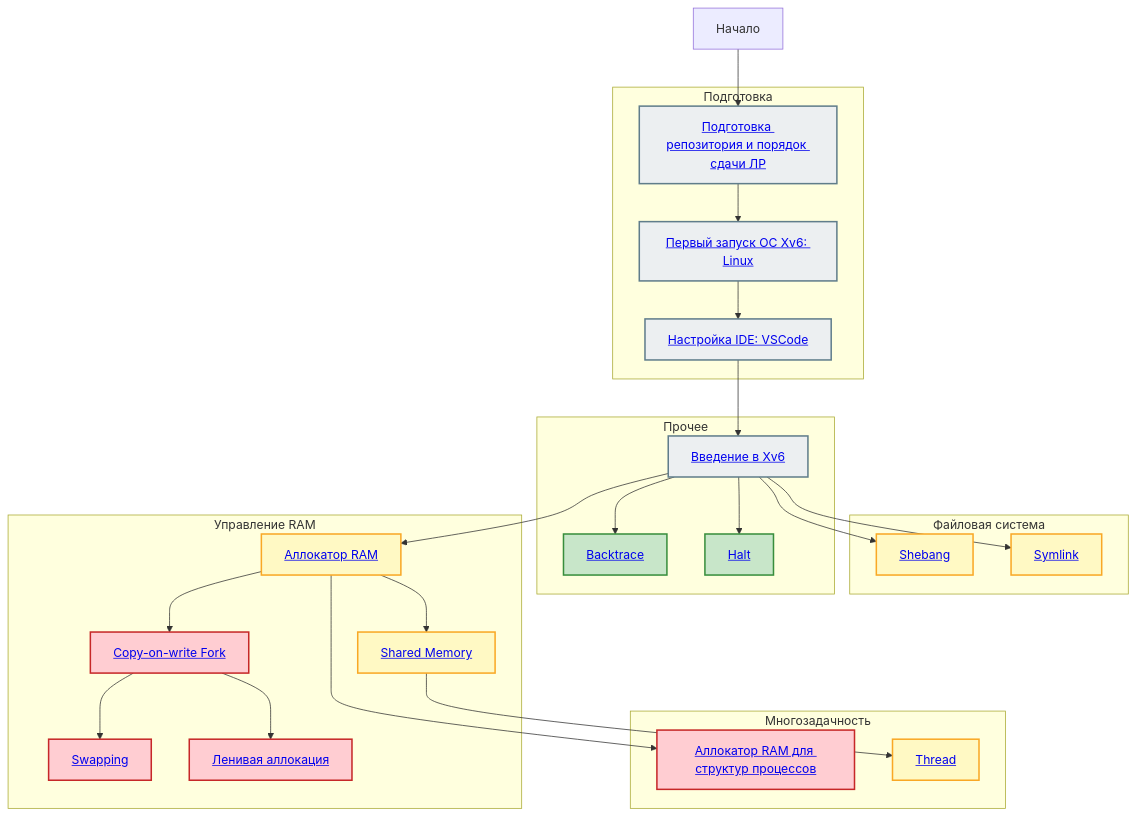
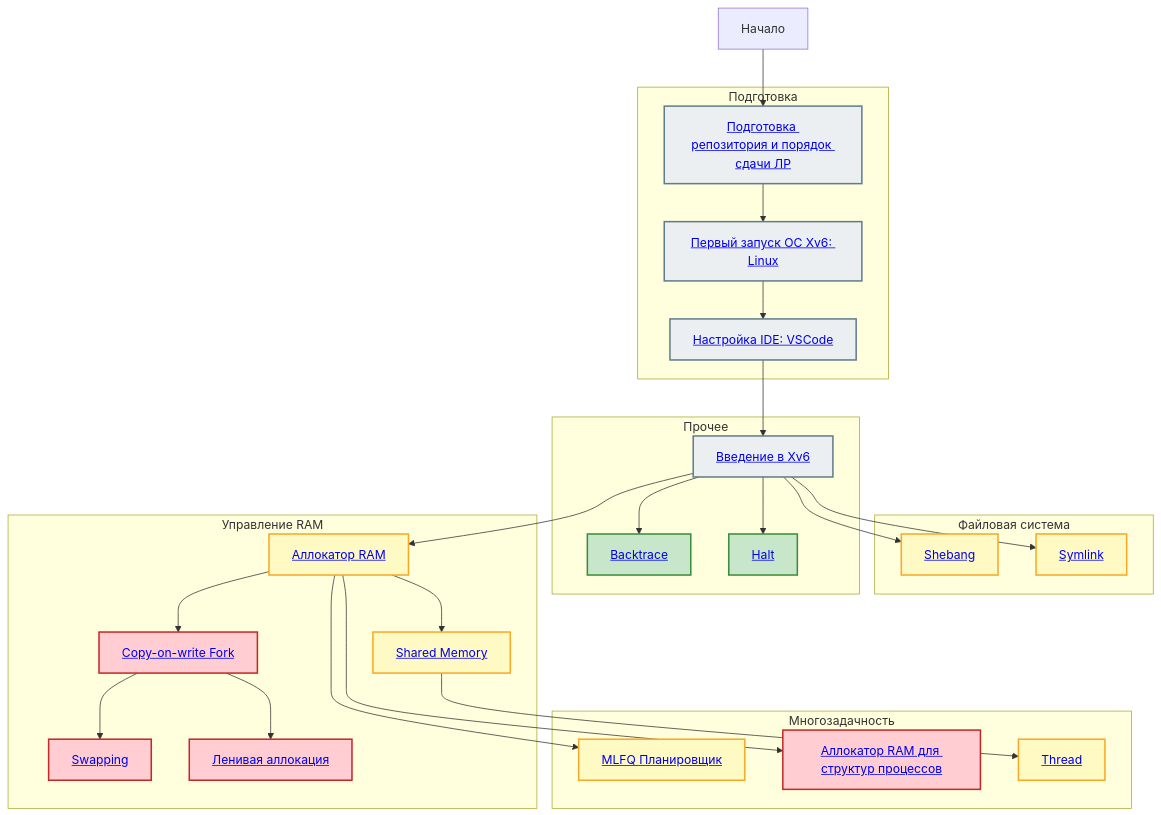
The diagram in README.md (secs-dev/xv6-riscv), drawn with Mermaid before and after one commit. The commit also changed 1 other file, not shown here.

Commit message:
plan mlfq

````diff
--- a/README.md
+++ b/README.md
@@ -3,72 +3,74 @@
 ```mermaid
 graph TD
     start["Начало"]
 
     subgraph setup ["Подготовка"]
         repo["<a href='/doc/setup/repo.md'>Подготовка репозитория и порядок сдачи ЛР</a>"]
         setup_linux["<a href='/doc/setup/linux.md'>Первый запуск ОС Xv6: Linux</a>"]
         vscode["<a href='/doc/dev/vscode.md'>Настройка IDE: VSCode</a>"]
     end
 
     subgraph fs ["Файловая система"]
         shebang["<a href='/doc/lab/shebang.md'>Shebang</a>"]
         symlink["<a href='/doc/lab/symlink.md'>Symlink</a>"]
     end
 
     subgraph misc ["Прочее"]
         intro["<a href='/doc/lab/intro.md'>Введение в Xv6</a>"]
         backtrace["<a href='/doc/lab/backtrace.md'>Backtrace</a>"]
         halt["<a href='/doc/lab/halt.md'>Halt</a>"]
     end
 
     subgraph mp ["Многозадачность"]
+        mlfq["<a href='/doc/lab/mlfq.md'>MLFQ Планировщик</a>"]
         allocproc["<a href='/doc/lab/allocproc.md'>Аллокатор RAM для структур процессов</a>"]
         thread["<a href='/doc/lab/thread.md'>Thread</a>"]
     end
 
     subgraph mm ["Управление RAM"]
         filealloc["<a href='/doc/lab/filealloc.md'>Аллокатор RAM</a>"]
         shmem["<a href='/doc/lab/shmem.md'>Shared Memory</a>"]
         cow["<a href='/doc/lab/cow.md'>Copy-on-write Fork</a>"]
         swap["<a href='/doc/lab/swap.md'>Swapping</a>"]
         lazyalloc["<a href='/doc/lab/lazyalloc.md'>Ленивая аллокация</a>"]
     end
 
     start --> repo
     repo --> setup_linux
     setup_linux --> vscode
-    vscode --> intro
 
     intro --> shebang
     intro --> symlink
+
+    vscode --> intro
     intro --> backtrace
     intro --> halt
 
+    filealloc --> mlfq
+    filealloc --> allocproc
+    shmem --> thread
+
     intro --> filealloc
-    filealloc --> allocproc
     filealloc --> shmem
     filealloc --> cow
-
-    shmem --> thread
-
     cow --> lazyalloc
     cow --> swap
 
     classDef free fill:#eceff1,stroke:#607d8b,stroke-width:2px,color:#37474f
     classDef easy fill:#c8e6c9,stroke:#388e3c,stroke-width:2px,color:#1b5e20
     classDef medium fill:#fff9c4,stroke:#f9a825,stroke-width:2px,color:#f57f17
     classDef hard fill:#ffcdd2,stroke:#c62828,stroke-width:2px,color:#b71c1c
 
     class repo,setup_linux,vscode free
 
     class intro free
     class backtrace,halt easy
 
     class shebang,symlink medium
 
+    class thread,mlfq medium
+    class allocproc hard
+
     class filealloc,shmem medium
     class cow,swap,lazyalloc hard
-
-    class thread medium
-    class allocproc hard
 ```
````
